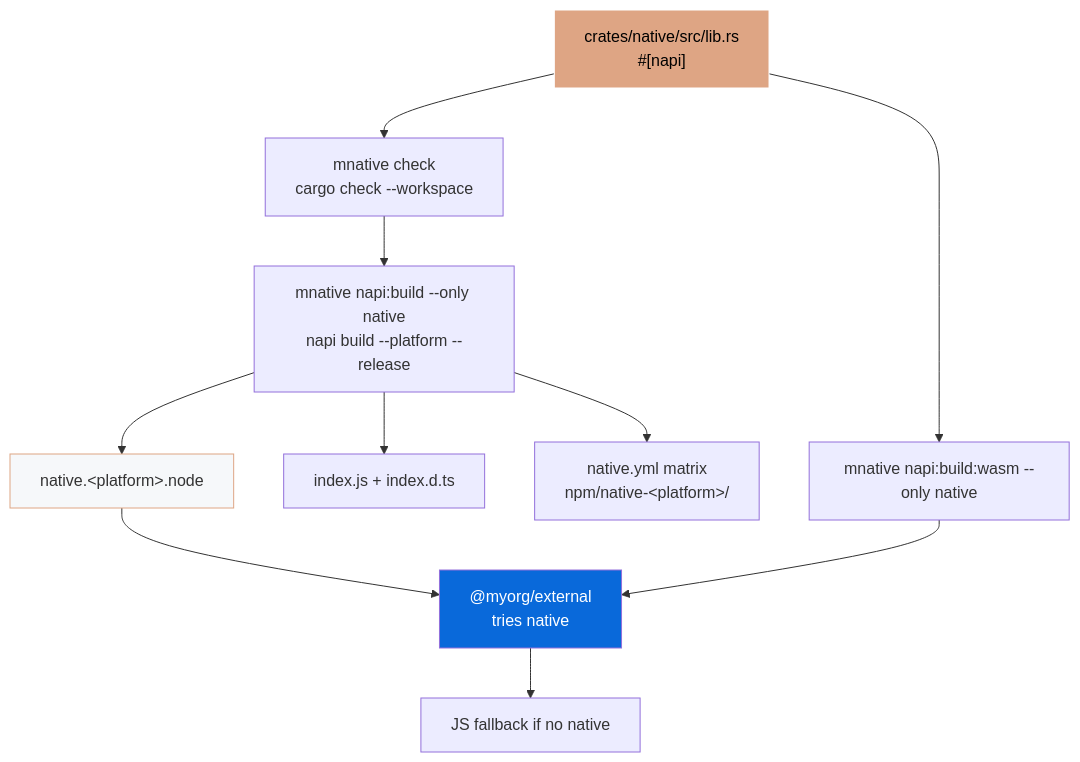
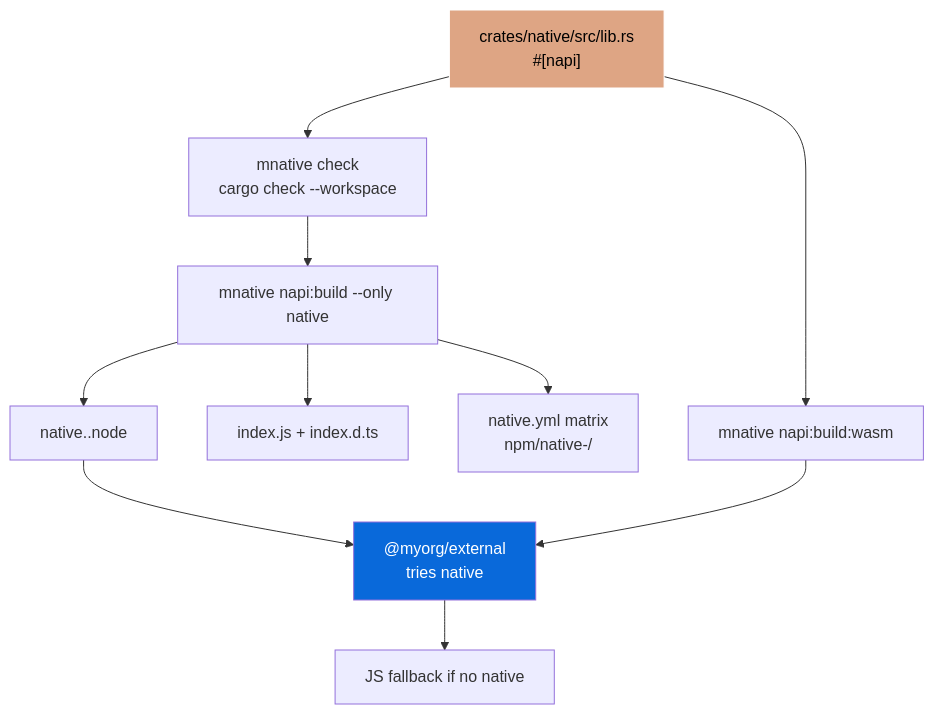
Before and after one commit to Archont561/ts-monorepo-template: the diagram in packages/native/npm/native/README.md, drawn with Mermaid. The commit also changed other lines of this file and 16 other files, not shown here.

````diff
--- a/packages/native/npm/native/README.md
+++ b/packages/native/npm/native/README.md
@@ -115,16 +93,15 @@
 ```mermaid
 graph TD
     A["crates/native/src/lib.rs<br/>#[napi]"] --> B["mnative check<br/>cargo check --workspace"]
-    B --> C["mnative napi:build --only native<br/>napi build --platform --release"]
-    C --> D["native.&lt;platform&gt;.node"]
+    B --> C["mnative napi:build --only native"]
+    C --> D["native.<platform>.node"]
     C --> E["index.js + index.d.ts"]
-    A --> F["mnative napi:build:wasm --only native"]
+    A --> F["mnative napi:build:wasm"]
     D --> G["@myorg/external<br/>tries native"]
     F --> G
     G --> H["JS fallback if no native"]
-    C --> I["native.yml matrix<br/>npm/native-&lt;platform&gt;/"]
+    C --> I["native.yml matrix<br/>npm/native-<platform>/"]
 
     style A fill:#dea584,stroke:#fff,color:#000
-    style D fill:#f6f8fa,stroke:#dea584
     style G fill:#0969DA,color:#fff
 ```
````
